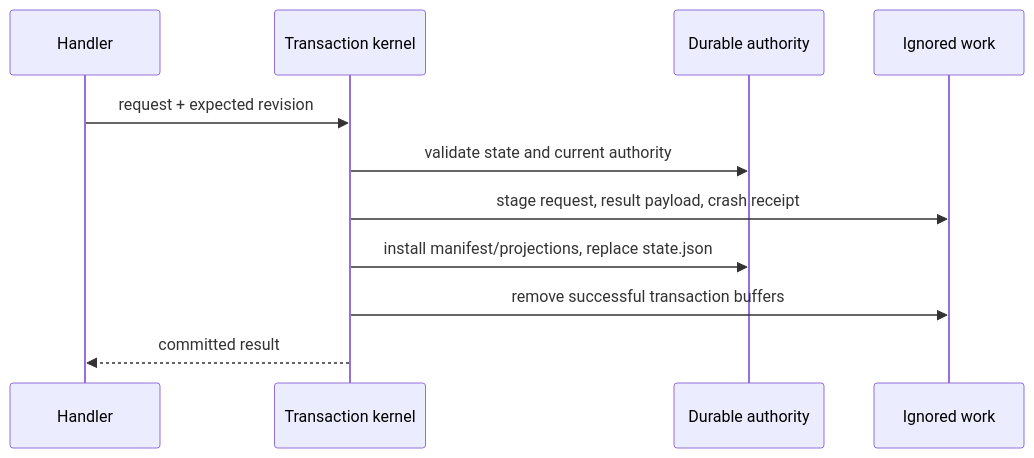
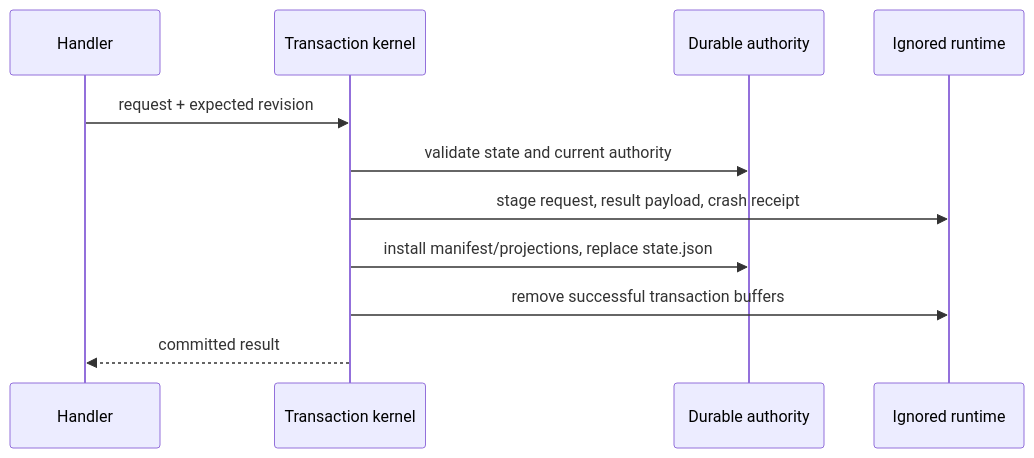
The diagram in docs/state/DURABLE-STATE.md (Aroton/ArchflowV2), drawn with Mermaid before and after one commit. The commit also changed other lines of this file and 63 other files, not shown here.

Commit message:
refactor: rename work directory to runtime

````diff
--- a/docs/state/DURABLE-STATE.md
+++ b/docs/state/DURABLE-STATE.md
@@ -51,13 +51,13 @@
 ```mermaid
 sequenceDiagram
     participant C as Handler
     participant T as Transaction kernel
     participant D as Durable authority
-    participant W as Ignored work
+    participant W as Ignored runtime
     C->>T: request + expected revision
     T->>D: validate state and current authority
     T->>W: stage request, result payload, crash receipt
     T->>D: install manifest/projections, replace state.json
     T->>W: remove successful transaction buffers
     T-->>C: committed result
 ```
````
